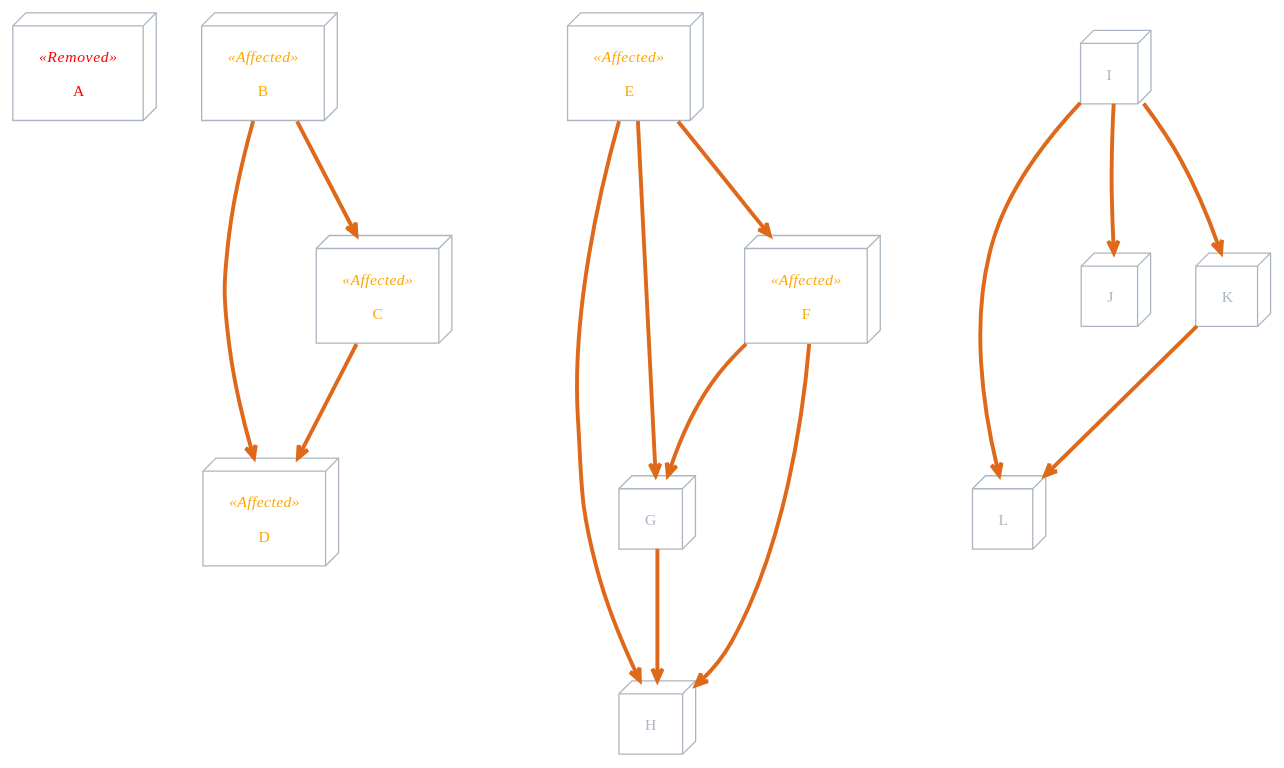
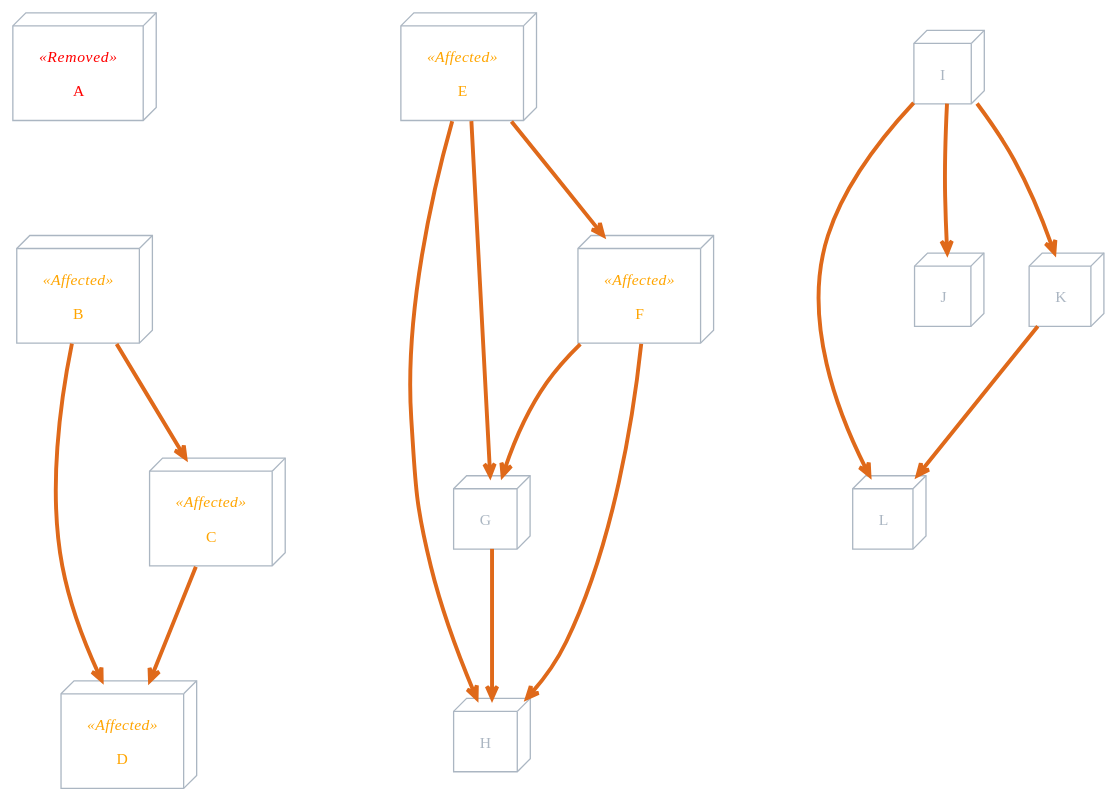
The fifth of 5 diagrams in README.org (TheLetterTheta/Zeitplan), drawn with PlantUML before and after one commit. The commit also changed other lines of this file and 2 other files, not shown here.

```diff
--- a/README.org
+++ b/README.org
@@ -274,43 +282,43 @@
 #+begin_src plantuml :noweb :file Meeting_Graph_Backwards_Reverse.png :exports results
 !theme superhero-outline
 
 skinparam node {
         fontColor<<Affected>> orange
         fontColor<<Removed>> red
 }
 
 node A <<Removed>>
 node B <<Affected>>
 node C <<Affected>>
 node E <<Affected>>
 node D <<Affected>>
 node F <<Affected>>
 node E <<Affected>>
 
 node E
 node F
 node G
 node H
 node I
 node J
 node K
 node L
 
-A -[hidden]right-> B
+A -[hidden]down-> B
 
 B -down-> C : subset
 C -down-> D : subset
 B -> D : subset
 
 E -down-> F : subset
 F -down-> G : subset
 G -down-> H : subset
 E -> G : subset
 E -> H : subset
 F -> H : subset
 
 I -down-> J : subset
 I -down-> K : subset
 K -down-> L : subset
 I -> L : subset
 #+end_src
```
